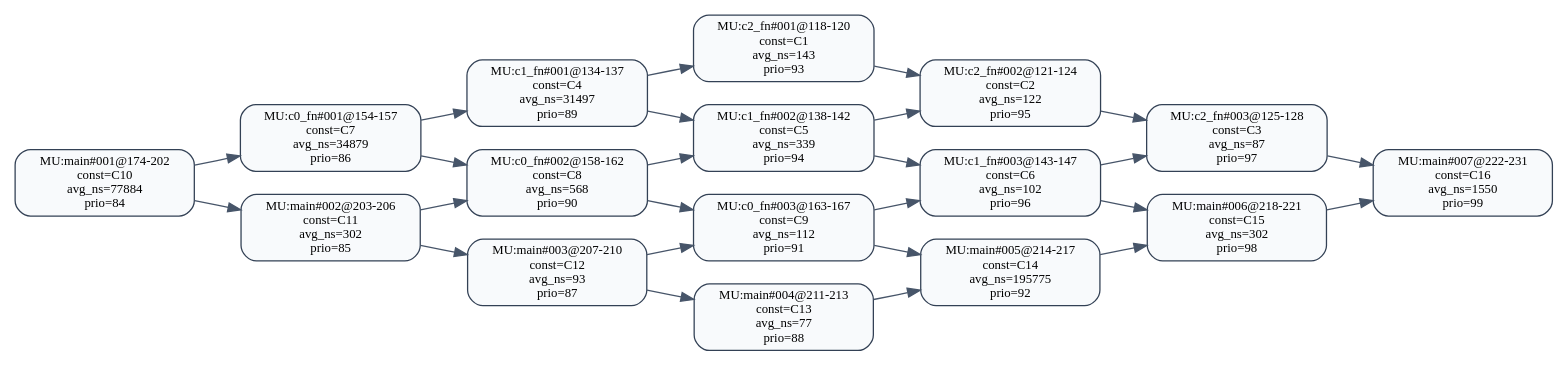
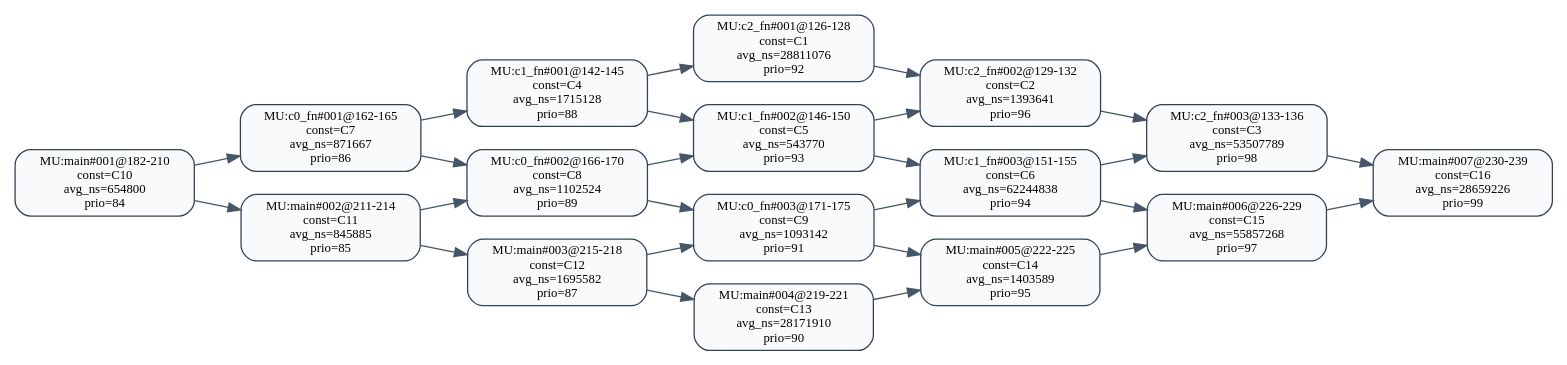
The diagram in 中间结果/zhang1/pipeline/validation/level2/effective_line_merge/t_level/dag_seg_annotated.dot (RTS-SYSU/DAG-Gen), drawn with Graphviz before and after one commit. The commit also changed 1017 other files, not shown here.

Commit message:
已矫正dag图circle问题，下一步准备板子上实验

```diff
--- a/中间结果/zhang1/pipeline/validation/level2/effective_line_merge/t_level/dag_seg_annotated.dot
+++ b/中间结果/zhang1/pipeline/validation/level2/effective_line_merge/t_level/dag_seg_annotated.dot
@@ -1,45 +1,45 @@
 digraph dag_seg_annotated {
   rankdir=LR;
   node [shape=box, style="rounded,filled", fillcolor="#F8FAFC", color="#334155", fontsize=10];
   edge [color="#475569"];
-  "MU:c0_fn#001@154-157" [label="MU:c0_fn#001@154-157\nconst=C7\navg_ns=34879\nprio=86"];
-  "MU:c0_fn#002@158-162" [label="MU:c0_fn#002@158-162\nconst=C8\navg_ns=568\nprio=90"];
-  "MU:c0_fn#003@163-167" [label="MU:c0_fn#003@163-167\nconst=C9\navg_ns=112\nprio=91"];
-  "MU:c1_fn#001@134-137" [label="MU:c1_fn#001@134-137\nconst=C4\navg_ns=31497\nprio=89"];
-  "MU:c1_fn#002@138-142" [label="MU:c1_fn#002@138-142\nconst=C5\navg_ns=339\nprio=94"];
-  "MU:c1_fn#003@143-147" [label="MU:c1_fn#003@143-147\nconst=C6\navg_ns=102\nprio=96"];
-  "MU:c2_fn#001@118-120" [label="MU:c2_fn#001@118-120\nconst=C1\navg_ns=143\nprio=93"];
-  "MU:c2_fn#002@121-124" [label="MU:c2_fn#002@121-124\nconst=C2\navg_ns=122\nprio=95"];
-  "MU:c2_fn#003@125-128" [label="MU:c2_fn#003@125-128\nconst=C3\navg_ns=87\nprio=97"];
-  "MU:main#001@174-202" [label="MU:main#001@174-202\nconst=C10\navg_ns=77884\nprio=84"];
-  "MU:main#002@203-206" [label="MU:main#002@203-206\nconst=C11\navg_ns=302\nprio=85"];
-  "MU:main#003@207-210" [label="MU:main#003@207-210\nconst=C12\navg_ns=93\nprio=87"];
-  "MU:main#004@211-213" [label="MU:main#004@211-213\nconst=C13\navg_ns=77\nprio=88"];
-  "MU:main#005@214-217" [label="MU:main#005@214-217\nconst=C14\navg_ns=195775\nprio=92"];
-  "MU:main#006@218-221" [label="MU:main#006@218-221\nconst=C15\navg_ns=302\nprio=98"];
-  "MU:main#007@222-231" [label="MU:main#007@222-231\nconst=C16\navg_ns=1550\nprio=99"];
-  "MU:c2_fn#001@118-120" -> "MU:c2_fn#002@121-124";
-  "MU:c2_fn#002@121-124" -> "MU:c2_fn#003@125-128";
-  "MU:c1_fn#001@134-137" -> "MU:c1_fn#002@138-142";
-  "MU:c1_fn#002@138-142" -> "MU:c1_fn#003@143-147";
-  "MU:c0_fn#001@154-157" -> "MU:c0_fn#002@158-162";
-  "MU:c0_fn#002@158-162" -> "MU:c0_fn#003@163-167";
-  "MU:main#001@174-202" -> "MU:main#002@203-206";
-  "MU:main#002@203-206" -> "MU:main#003@207-210";
-  "MU:main#003@207-210" -> "MU:main#004@211-213";
-  "MU:main#004@211-213" -> "MU:main#005@214-217";
-  "MU:main#005@214-217" -> "MU:main#006@218-221";
-  "MU:main#006@218-221" -> "MU:main#007@222-231";
-  "MU:c0_fn#001@154-157" -> "MU:c1_fn#001@134-137";
-  "MU:c1_fn#001@134-137" -> "MU:c2_fn#001@118-120";
-  "MU:main#001@174-202" -> "MU:c0_fn#001@154-157";
-  "MU:c0_fn#003@163-167" -> "MU:main#005@214-217";
-  "MU:c1_fn#003@143-147" -> "MU:main#006@218-221";
-  "MU:c2_fn#003@125-128" -> "MU:main#007@222-231";
-  "MU:c1_fn#002@138-142" -> "MU:c2_fn#002@121-124";
-  "MU:c1_fn#003@143-147" -> "MU:c2_fn#003@125-128";
-  "MU:c0_fn#002@158-162" -> "MU:c1_fn#002@138-142";
-  "MU:c0_fn#003@163-167" -> "MU:c1_fn#003@143-147";
-  "MU:main#002@203-206" -> "MU:c0_fn#002@158-162";
-  "MU:main#003@207-210" -> "MU:c0_fn#003@163-167";
+  "MU:c0_fn#001@162-165" [label="MU:c0_fn#001@162-165\nconst=C7\navg_ns=871667\nprio=86"];
+  "MU:c0_fn#002@166-170" [label="MU:c0_fn#002@166-170\nconst=C8\navg_ns=1102524\nprio=89"];
+  "MU:c0_fn#003@171-175" [label="MU:c0_fn#003@171-175\nconst=C9\navg_ns=1093142\nprio=91"];
+  "MU:c1_fn#001@142-145" [label="MU:c1_fn#001@142-145\nconst=C4\navg_ns=1715128\nprio=88"];
+  "MU:c1_fn#002@146-150" [label="MU:c1_fn#002@146-150\nconst=C5\navg_ns=543770\nprio=93"];
+  "MU:c1_fn#003@151-155" [label="MU:c1_fn#003@151-155\nconst=C6\navg_ns=62244838\nprio=94"];
+  "MU:c2_fn#001@126-128" [label="MU:c2_fn#001@126-128\nconst=C1\navg_ns=28811076\nprio=92"];
+  "MU:c2_fn#002@129-132" [label="MU:c2_fn#002@129-132\nconst=C2\navg_ns=1393641\nprio=96"];
+  "MU:c2_fn#003@133-136" [label="MU:c2_fn#003@133-136\nconst=C3\navg_ns=53507789\nprio=98"];
+  "MU:main#001@182-210" [label="MU:main#001@182-210\nconst=C10\navg_ns=654800\nprio=84"];
+  "MU:main#002@211-214" [label="MU:main#002@211-214\nconst=C11\navg_ns=845885\nprio=85"];
+  "MU:main#003@215-218" [label="MU:main#003@215-218\nconst=C12\navg_ns=1695582\nprio=87"];
+  "MU:main#004@219-221" [label="MU:main#004@219-221\nconst=C13\navg_ns=28171910\nprio=90"];
+  "MU:main#005@222-225" [label="MU:main#005@222-225\nconst=C14\navg_ns=1403589\nprio=95"];
+  "MU:main#006@226-229" [label="MU:main#006@226-229\nconst=C15\navg_ns=55857268\nprio=97"];
+  "MU:main#007@230-239" [label="MU:main#007@230-239\nconst=C16\navg_ns=28659226\nprio=99"];
+  "MU:c2_fn#001@126-128" -> "MU:c2_fn#002@129-132";
+  "MU:c2_fn#002@129-132" -> "MU:c2_fn#003@133-136";
+  "MU:c1_fn#001@142-145" -> "MU:c1_fn#002@146-150";
+  "MU:c1_fn#002@146-150" -> "MU:c1_fn#003@151-155";
+  "MU:c0_fn#001@162-165" -> "MU:c0_fn#002@166-170";
+  "MU:c0_fn#002@166-170" -> "MU:c0_fn#003@171-175";
+  "MU:main#001@182-210" -> "MU:main#002@211-214";
+  "MU:main#002@211-214" -> "MU:main#003@215-218";
+  "MU:main#003@215-218" -> "MU:main#004@219-221";
+  "MU:main#004@219-221" -> "MU:main#005@222-225";
+  "MU:main#005@222-225" -> "MU:main#006@226-229";
+  "MU:main#006@226-229" -> "MU:main#007@230-239";
+  "MU:c0_fn#001@162-165" -> "MU:c1_fn#001@142-145";
+  "MU:c1_fn#001@142-145" -> "MU:c2_fn#001@126-128";
+  "MU:main#001@182-210" -> "MU:c0_fn#001@162-165";
+  "MU:c0_fn#003@171-175" -> "MU:main#005@222-225";
+  "MU:c1_fn#003@151-155" -> "MU:main#006@226-229";
+  "MU:c2_fn#003@133-136" -> "MU:main#007@230-239";
+  "MU:c1_fn#002@146-150" -> "MU:c2_fn#002@129-132";
+  "MU:c1_fn#003@151-155" -> "MU:c2_fn#003@133-136";
+  "MU:c0_fn#002@166-170" -> "MU:c1_fn#002@146-150";
+  "MU:c0_fn#003@171-175" -> "MU:c1_fn#003@151-155";
+  "MU:main#002@211-214" -> "MU:c0_fn#002@166-170";
+  "MU:main#003@215-218" -> "MU:c0_fn#003@171-175";
 }
```
